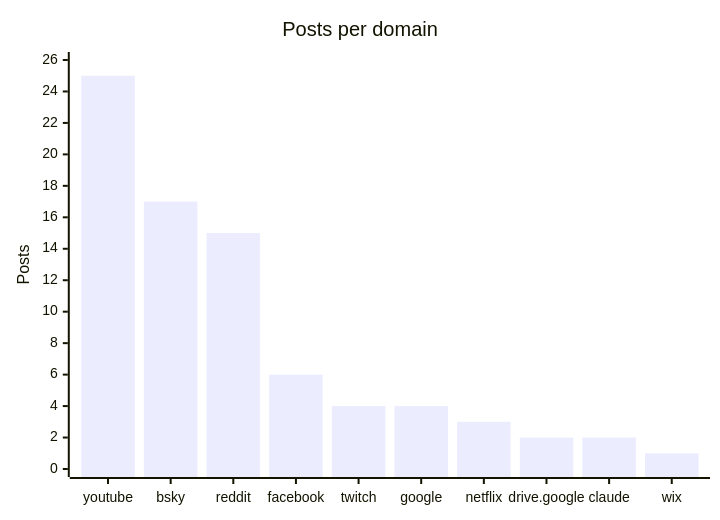
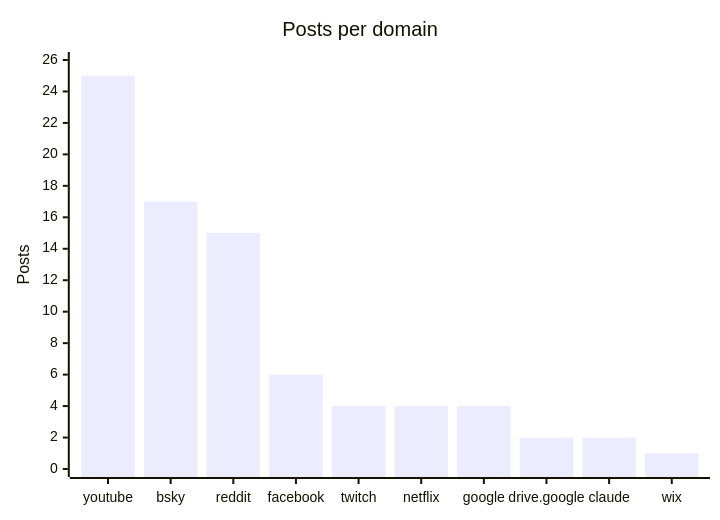
The fourth of 4 diagrams in README.md (martinbalfanz/social-scanner-reports), drawn with Mermaid before and after one commit. The commit also changed other lines of this file and 2 other files, not shown here.

````diff
--- a/README.md
+++ b/README.md
@@ -58,7 +58,7 @@
 ```mermaid
 xychart-beta
     title "Posts per domain"
-    x-axis ["youtube", "bsky", "reddit", "facebook", "twitch", "google", "netflix", "drive.google", "claude", "wix"]
+    x-axis ["youtube", "bsky", "reddit", "facebook", "twitch", "netflix", "google", "drive.google", "claude", "wix"]
     y-axis "Posts" 0 --> 26
-    bar [25, 17, 15, 6, 4, 4, 3, 2, 2, 1]
+    bar [25, 17, 15, 6, 4, 4, 4, 2, 2, 1]
 ```
````
